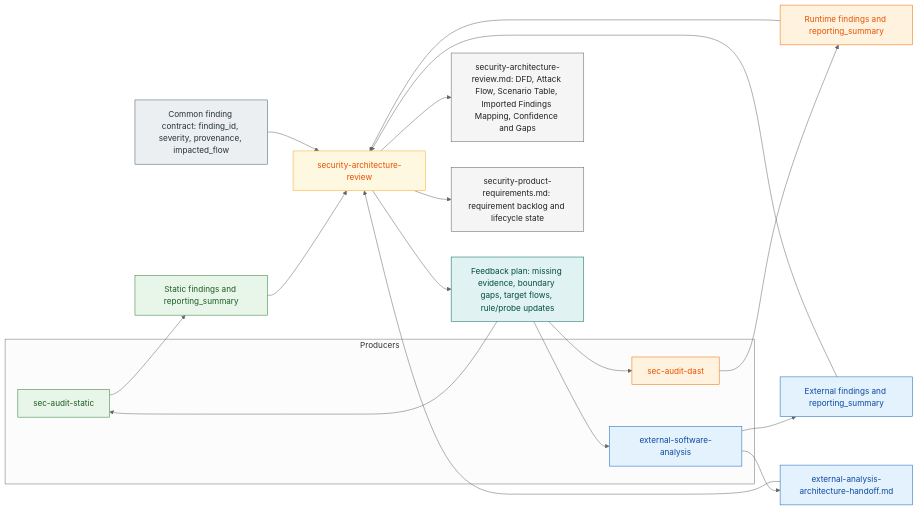
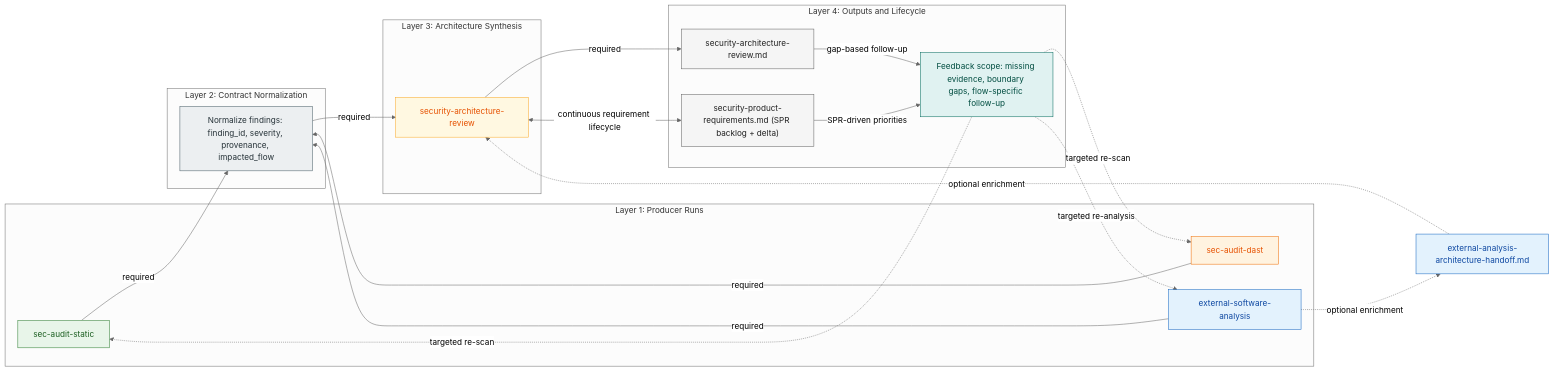
One commit to windshock/oh-my-secuaudit changed the diagram in README.md. Above: the diagram before and after it, drawn with Mermaid (neutral theme). The commit also changed other lines of this file and 1 other file, not shown here.

Commit message:
docs: redesign relationship map with layered flow semantics

````diff
--- a/README.md
+++ b/README.md
@@ -23,45 +23,56 @@
 ```mermaid
 flowchart LR
-    subgraph Producers
+    subgraph L1["Layer 1: Producer Runs"]
         S["sec-audit-static"]
         D["sec-audit-dast"]
         E["external-software-analysis"]
     end
 
-    S --> SO["Static findings and reporting_summary"]
-    D --> DO["Runtime findings and reporting_summary"]
-    E --> EO["External findings and reporting_summary"]
-    E --> EH["external-analysis-architecture-handoff.md"]
+    subgraph L2["Layer 2: Contract Normalization"]
+        N["Normalize findings: finding_id, severity, provenance, impacted_flow"]
+    end
 
-    C["Common finding contract: finding_id, severity, provenance, impacted_flow"]
+    subgraph L3["Layer 3: Architecture Synthesis"]
+        R["security-architecture-review"]
+    end
 
-    SO --> R["security-architecture-review"]
-    DO --> R
-    EO --> R
-    EH --> R
-    C --> R
+    subgraph L4["Layer 4: Outputs and Lifecycle"]
+        O["security-architecture-review.md"]
+        P["security-product-requirements.md (SPR backlog + delta)"]
+        FB["Feedback scope: missing evidence, boundary gaps, flow-specific follow-up"]
+    end
 
-    R --> FB["Feedback plan: missing evidence, boundary gaps, target flows, rule/probe updates"]
-    FB --> S
-    FB --> D
-    FB --> E
+    S -->|required| N
+    D -->|required| N
+    E -->|required| N
+    E -.->|optional enrichment| EH["external-analysis-architecture-handoff.md"]
 
-    R --> O["security-architecture-review.md: DFD, Attack Flow, Scenario Table, Imported Findings Mapping, Confidence and Gaps"]
-    R --> P["security-product-requirements.md: requirement backlog and lifecycle state"]
+    N -->|required| R
+    EH -.->|optional enrichment| R
+
+    R -->|required| O
+    R <--> |continuous requirement lifecycle| P
+
+    O -->|gap-based follow-up| FB
+    P -->|SPR-driven priorities| FB
+
+    FB -.->|targeted re-scan| S
+    FB -.->|targeted re-scan| D
+    FB -.->|targeted re-analysis| E
 
     classDef static fill:#e8f5e9,stroke:#2e7d32,color:#1b5e20;
     classDef runtime fill:#fff3e0,stroke:#ef6c00,color:#e65100;
     classDef external fill:#e3f2fd,stroke:#1565c0,color:#0d47a1;
     classDef review fill:#fff8e1,stroke:#f9a825,color:#e65100;
     classDef contract fill:#eceff1,stroke:#455a64,color:#263238;
     classDef artifact fill:#f5f5f5,stroke:#616161,color:#212121;
     classDef feedback fill:#e0f2f1,stroke:#00695c,color:#004d40;
 
-    class S,SO static;
-    class D,DO runtime;
-    class E,EO,EH external;
+    class S static;
+    class D runtime;
+    class E,EH external;
+    class N contract;
     class R review;
-    class C contract;
     class O,P artifact;
     class FB feedback;
 ```
````
